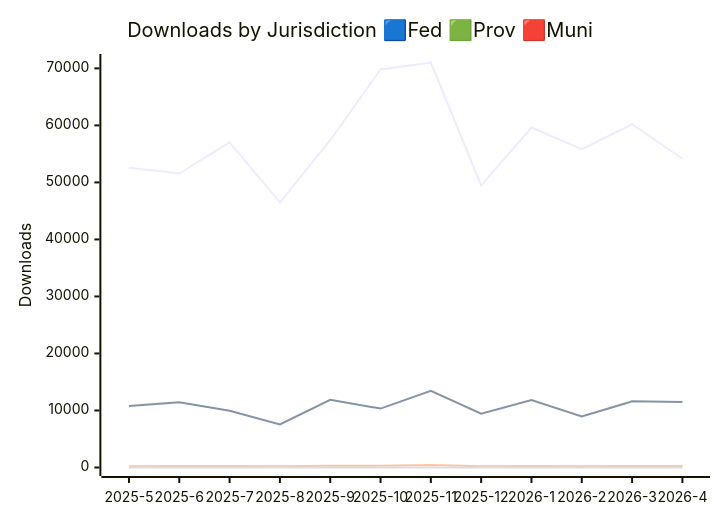
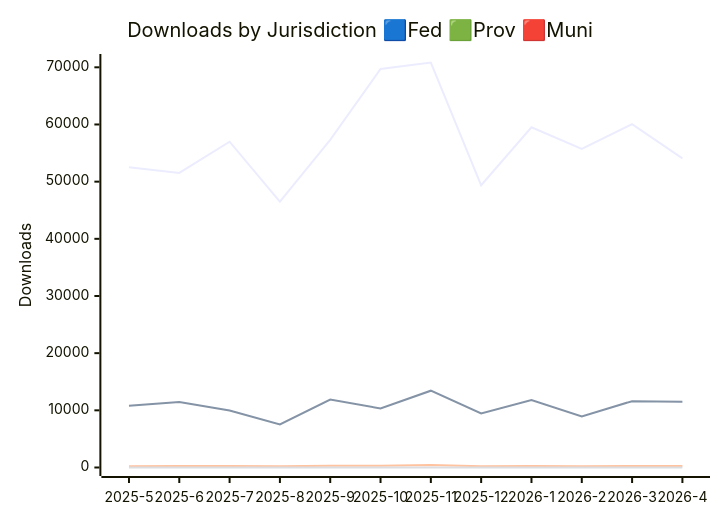
One commit to open-data/analytics-corporate-reporting changed the first of 3 diagrams in JURISDICTION_ANALYTICS_REPORT/readme.md. Above: the diagram before and after it, drawn with Mermaid. The commit also changed other lines of this file and 2 other files, not shown here.

````diff
--- a/JURISDICTION_ANALYTICS_REPORT/readme.md
+++ b/JURISDICTION_ANALYTICS_REPORT/readme.md
@@ -13,11 +13,11 @@
 ```mermaid
 
 xychart-beta
     title "Downloads by Jurisdiction 🟦Fed 🟩Prov 🟥Muni"
     x-axis [2025-5, 2025-6, 2025-7, 2025-8, 2025-9, 2025-10, 2025-11, 2025-12, 2026-1, 2026-2, 2026-3, 2026-4]
-    y-axis "Downloads" 0 --> 71030
-    line [52580, 51557, 57038, 46510, 57399, 69806, 71020, 49465, 59629, 55817, 60196, 54158]
+    y-axis "Downloads" 0 --> 70841
+    line [52532, 51532, 56986, 46503, 57308, 69709, 70831, 49367, 59503, 55732, 60071, 54074]
     line [10797, 11453, 9961, 7544, 11883, 10332, 13434, 9454, 11816, 8935, 11601, 11495]
     line [212, 271, 279, 234, 305, 313, 420, 224, 270, 228, 269, 267]
     line [0, 0, 0, 0, 0, 3, 2, 17, 6, 2, 12, 1]
 ```
````
